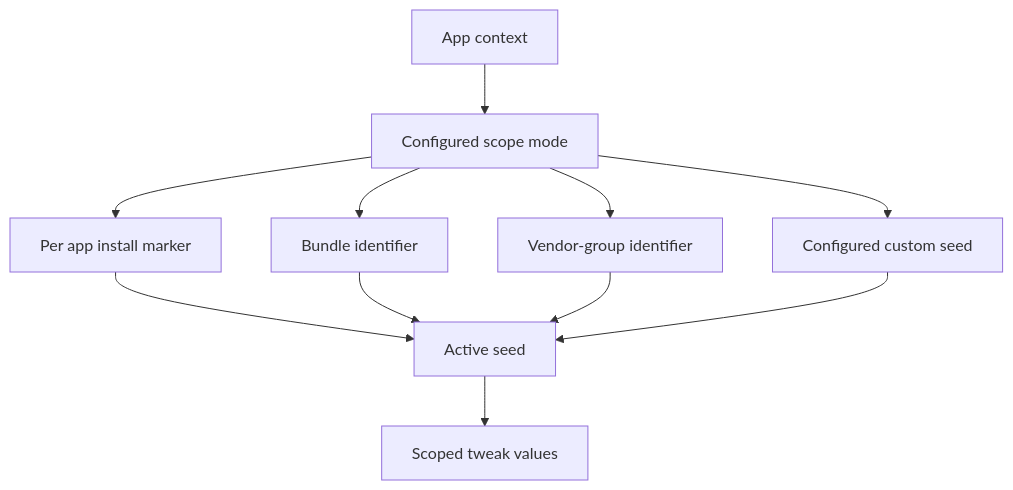
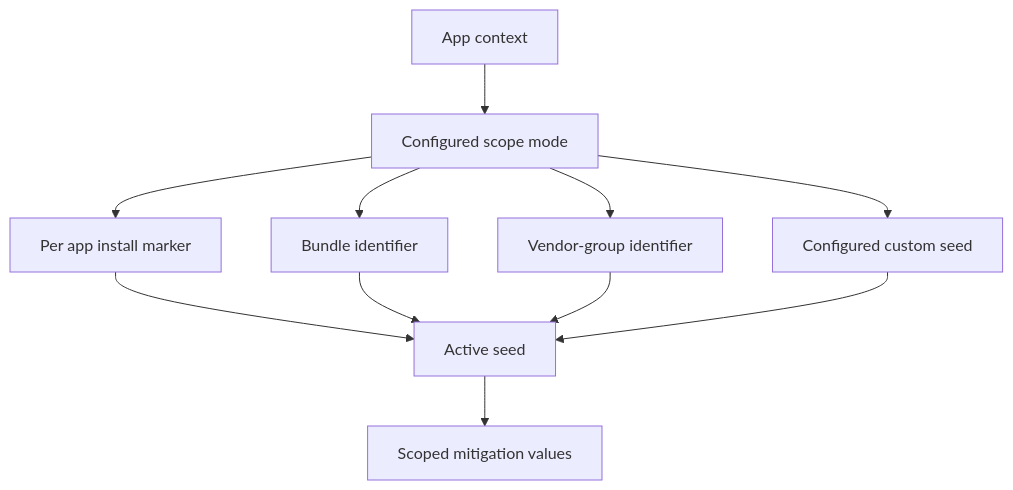
The diagram in docs/concepts/scopes.md (alecs297/loupehole), drawn with Mermaid before and after one commit. The commit also changed 28 other files, not shown here.

````diff
--- a/docs/concepts/scopes.md
+++ b/docs/concepts/scopes.md
@@ -26,13 +26,13 @@
 ```mermaid
 flowchart TD
     Context[App context] --> Mode[Configured scope mode]
     Mode --> Install[Per app install marker]
     Mode --> App[Bundle identifier]
     Mode --> Vendor[Vendor-group identifier]
     Mode --> Manual[Configured custom seed]
     Install --> Active[Active seed]
     App --> Active
     Vendor --> Active
     Manual --> Active
-    Active --> Values[Scoped tweak values]
+    Active --> Values[Scoped mitigation values]
 ```
````
